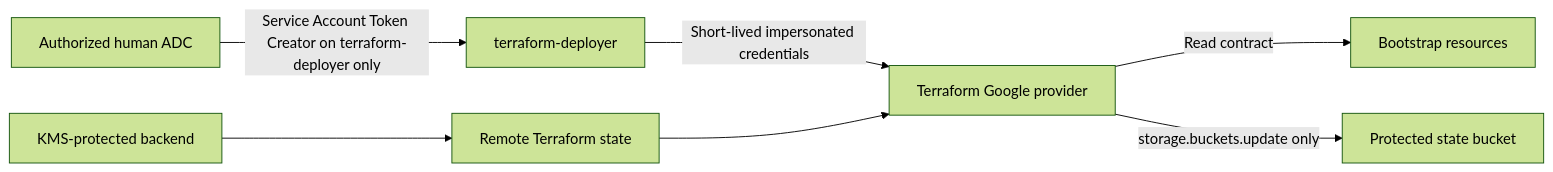
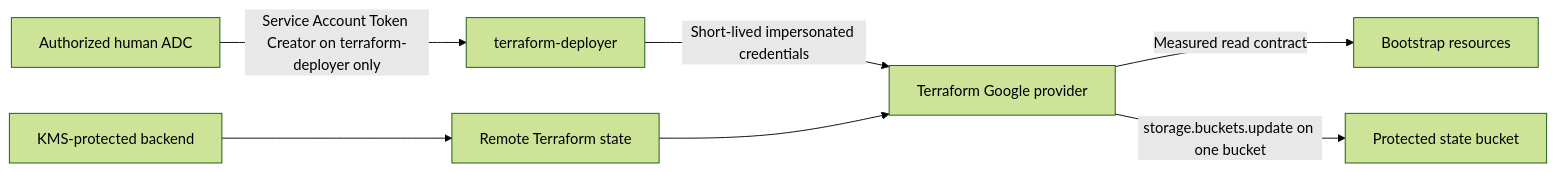
The third of 3 diagrams in docs/architecture/diagrams/bootstrap-flow.md (larrymiami/Afyabridge-Cloud-Security), drawn with Mermaid (forest theme) before and after one commit. The commit also changed other lines of this file, not shown here.

Commit message:
docs(architecture): align bootstrap flow with live root boundary

````diff
--- a/docs/architecture/diagrams/bootstrap-flow.md
+++ b/docs/architecture/diagrams/bootstrap-flow.md
@@ -94,9 +94,9 @@
 ```mermaid
 flowchart LR
     H[Authorized human ADC] -->|Service Account Token Creator on terraform-deployer only| SA[terraform-deployer]
     SA -->|Short-lived impersonated credentials| TF[Terraform Google provider]
-    TF -->|Read contract| R[Bootstrap resources]
-    TF -->|storage.buckets.update only| B[Protected state bucket]
+    TF -->|Measured read contract| R[Bootstrap resources]
+    TF -->|storage.buckets.update on one bucket| B[Protected state bucket]
     S[Remote Terraform state] --> TF
     K[KMS-protected backend] --> S
 ```
````
